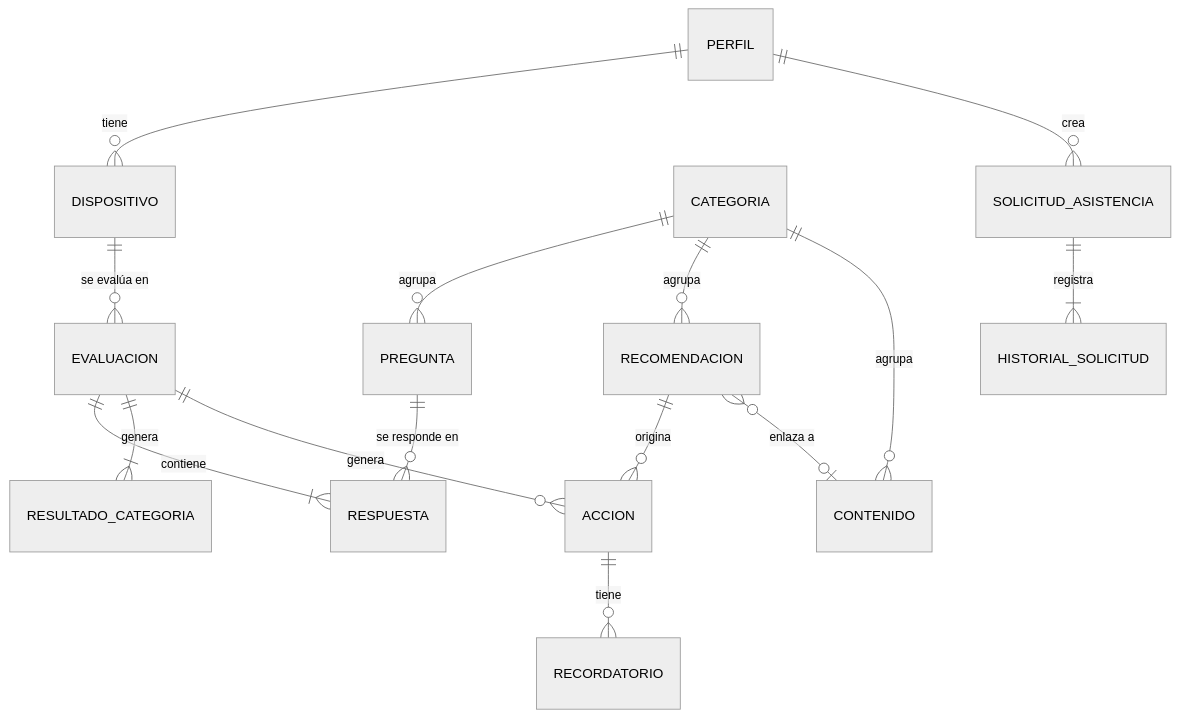
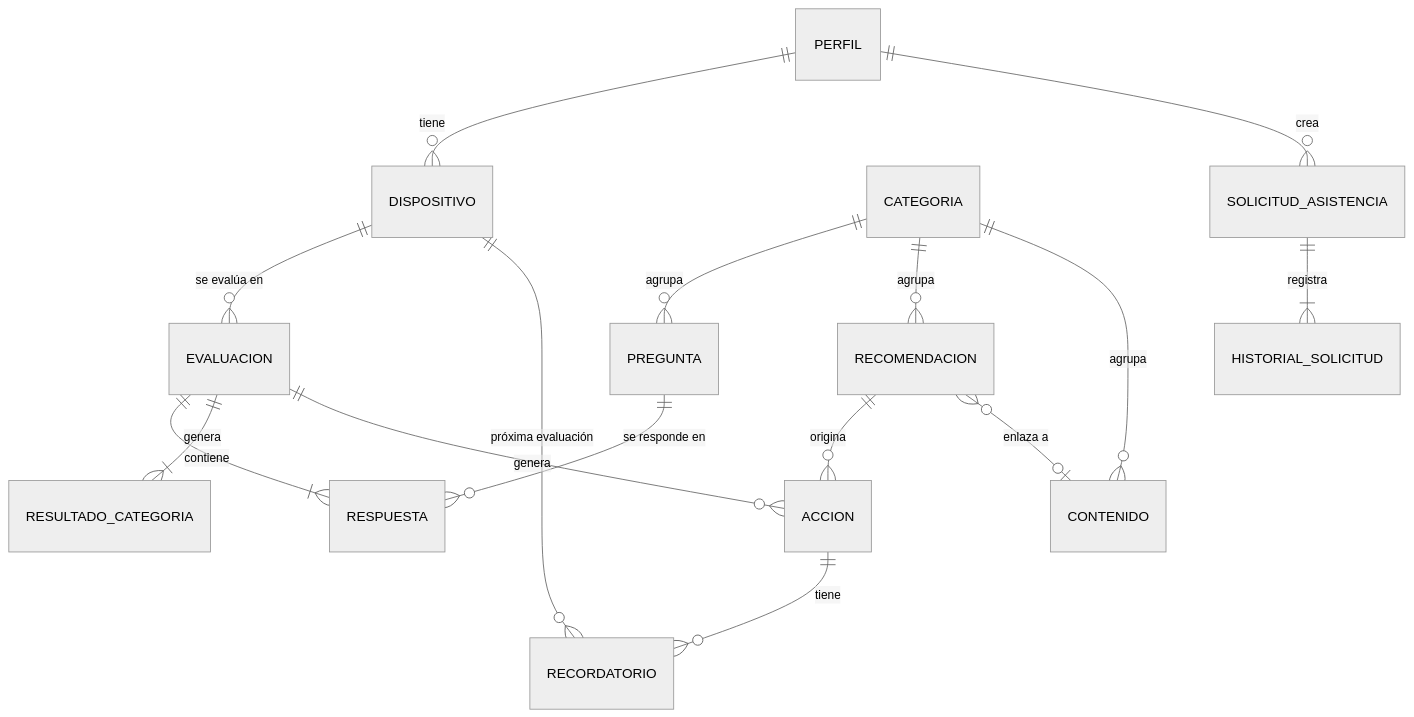
The diagram in docs/TT-04-modelo-contrato-api.md (Ezz442/tiotec-preventivo), drawn with Mermaid (neutral theme) before and after one commit. The commit also changed other lines of this file, not shown here.

Commit message:
TT-04: recordatorios también para próxima evaluación

````diff
--- a/docs/TT-04-modelo-contrato-api.md
+++ b/docs/TT-04-modelo-contrato-api.md
@@ -36,17 +36,18 @@
 ```mermaid
 erDiagram
     PERFIL ||--o{ DISPOSITIVO : tiene
     DISPOSITIVO ||--o{ EVALUACION : "se evalúa en"
     EVALUACION ||--|{ RESPUESTA : contiene
     EVALUACION ||--|{ RESULTADO_CATEGORIA : genera
     EVALUACION ||--o{ ACCION : genera
     CATEGORIA ||--o{ PREGUNTA : agrupa
     CATEGORIA ||--o{ RECOMENDACION : agrupa
     CATEGORIA ||--o{ CONTENIDO : agrupa
     PREGUNTA ||--o{ RESPUESTA : "se responde en"
     RECOMENDACION ||--o{ ACCION : origina
     RECOMENDACION }o--o| CONTENIDO : "enlaza a"
     ACCION ||--o{ RECORDATORIO : tiene
+    DISPOSITIVO ||--o{ RECORDATORIO : "próxima evaluación"
     PERFIL ||--o{ SOLICITUD_ASISTENCIA : crea
     SOLICITUD_ASISTENCIA ||--|{ HISTORIAL_SOLICITUD : registra
 ```
````
